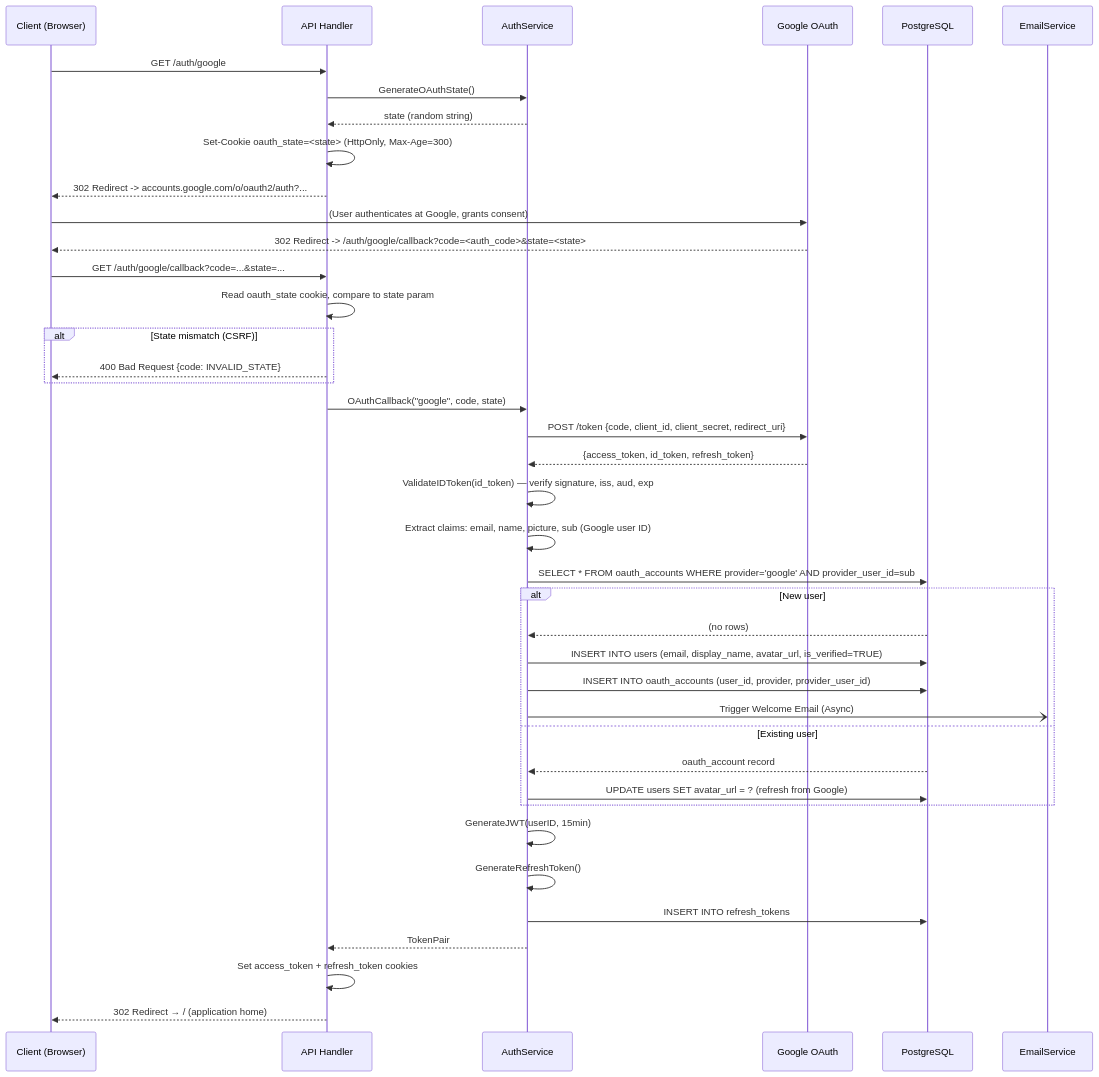
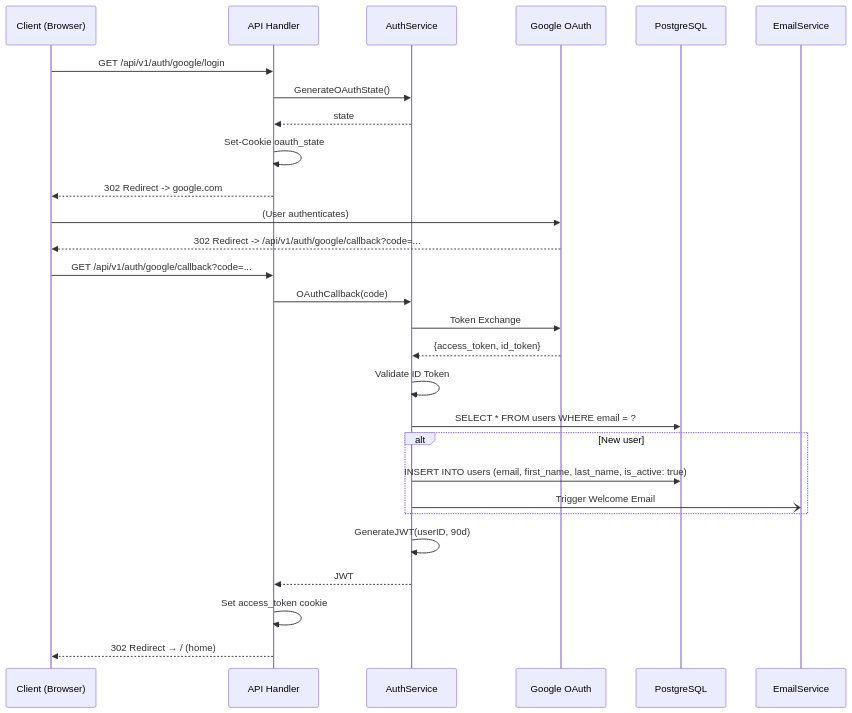
One commit to ABDELRAHMAN-ELRAYES/Vai changed the third of 7 diagrams in docs/diagrams/Sequence_Diagrams.md. Above: the diagram before and after it, drawn with Mermaid. The commit also changed other lines of this file and 14 other files, not shown here.

````diff
--- a/docs/diagrams/Sequence_Diagrams.md
+++ b/docs/diagrams/Sequence_Diagrams.md
@@ -127,52 +89,34 @@
 ```mermaid
 sequenceDiagram
     participant C as Client (Browser)
     participant H as API Handler
     participant AS as AuthService
     participant G as Google OAuth
     participant DB as PostgreSQL
     participant SMTP as EmailService
 
-    C->>H: GET /auth/google
+    C->>H: GET /api/v1/auth/google/login
     H->>AS: GenerateOAuthState()
-    AS-->>H: state (random string)
-    H->>H: Set-Cookie oauth_state=<state> (HttpOnly, Max-Age=300)
-    H-->>C: 302 Redirect -> accounts.google.com/o/oauth2/auth?...
+    AS-->>H: state
+    H->>H: Set-Cookie oauth_state
+    H-->>C: 302 Redirect -> google.com
 
-    C->>G: (User authenticates at Google, grants consent)
-    G-->>C: 302 Redirect -> /auth/google/callback?code=<auth_code>&state=<state>
+    C->>G: (User authenticates)
+    G-->>C: 302 Redirect -> /api/v1/auth/google/callback?code=...
 
-    C->>H: GET /auth/google/callback?code=...&state=...
-    H->>H: Read oauth_state cookie, compare to state param
-
-    alt State mismatch (CSRF)
-        H-->>C: 400 Bad Request {code: INVALID_STATE}
+    C->>H: GET /api/v1/auth/google/callback?code=...
+    H->>AS: OAuthCallback(code)
+    AS->>G: Token Exchange
+    G-->>AS: {access_token, id_token}
+    AS->>AS: Validate ID Token
+    AS->>DB: SELECT * FROM users WHERE email = ?
+    alt New user
+        AS->>DB: INSERT INTO users (email, first_name, last_name, is_active: true)
+        AS-)SMTP: Trigger Welcome Email
     end
 
-    H->>AS: OAuthCallback("google", code, state)
-    AS->>G: POST /token {code, client_id, client_secret, redirect_uri}
-    G-->>AS: {access_token, id_token, refresh_token}
-
-    AS->>AS: ValidateIDToken(id_token) — verify signature, iss, aud, exp
-    AS->>AS: Extract claims: email, name, picture, sub (Google user ID)
-
-    AS->>DB: SELECT * FROM oauth_accounts WHERE provider='google' AND provider_user_id=sub
-
-    alt New user
-        DB-->>AS: (no rows)
-        AS->>DB: INSERT INTO users (email, display_name, avatar_url, is_verified=TRUE)
-        AS->>DB: INSERT INTO oauth_accounts (user_id, provider, provider_user_id)
-        AS-)SMTP: Trigger Welcome Email (Async)
-    else Existing user
-        DB-->>AS: oauth_account record
-        AS->>DB: UPDATE users SET avatar_url = ? (refresh from Google)
-    end
-
-    AS->>AS: GenerateJWT(userID, 15min)
-    AS->>AS: GenerateRefreshToken()
-    AS->>DB: INSERT INTO refresh_tokens
-
-    AS-->>H: TokenPair
-    H->>H: Set access_token + refresh_token cookies
-    H-->>C: 302 Redirect → / (application home)
+    AS->>AS: GenerateJWT(userID, 90d)
+    AS-->>H: JWT
+    H->>H: Set access_token cookie
+    H-->>C: 302 Redirect → / (home)
 ```
````
